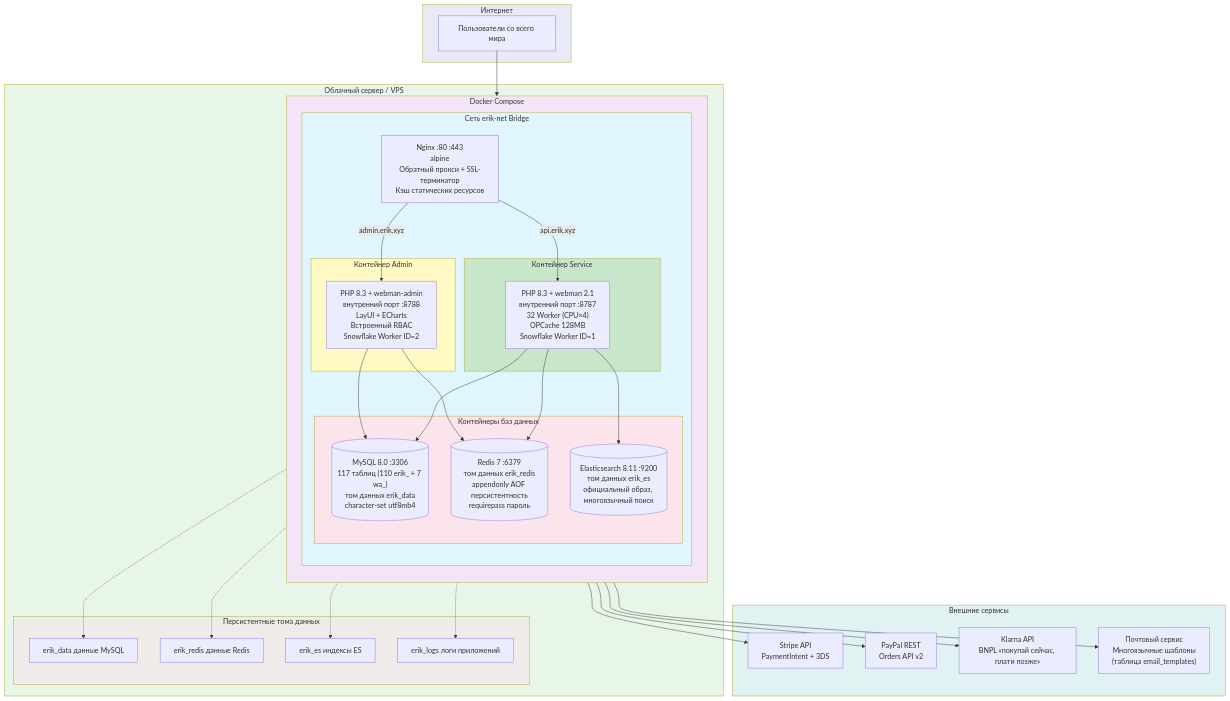
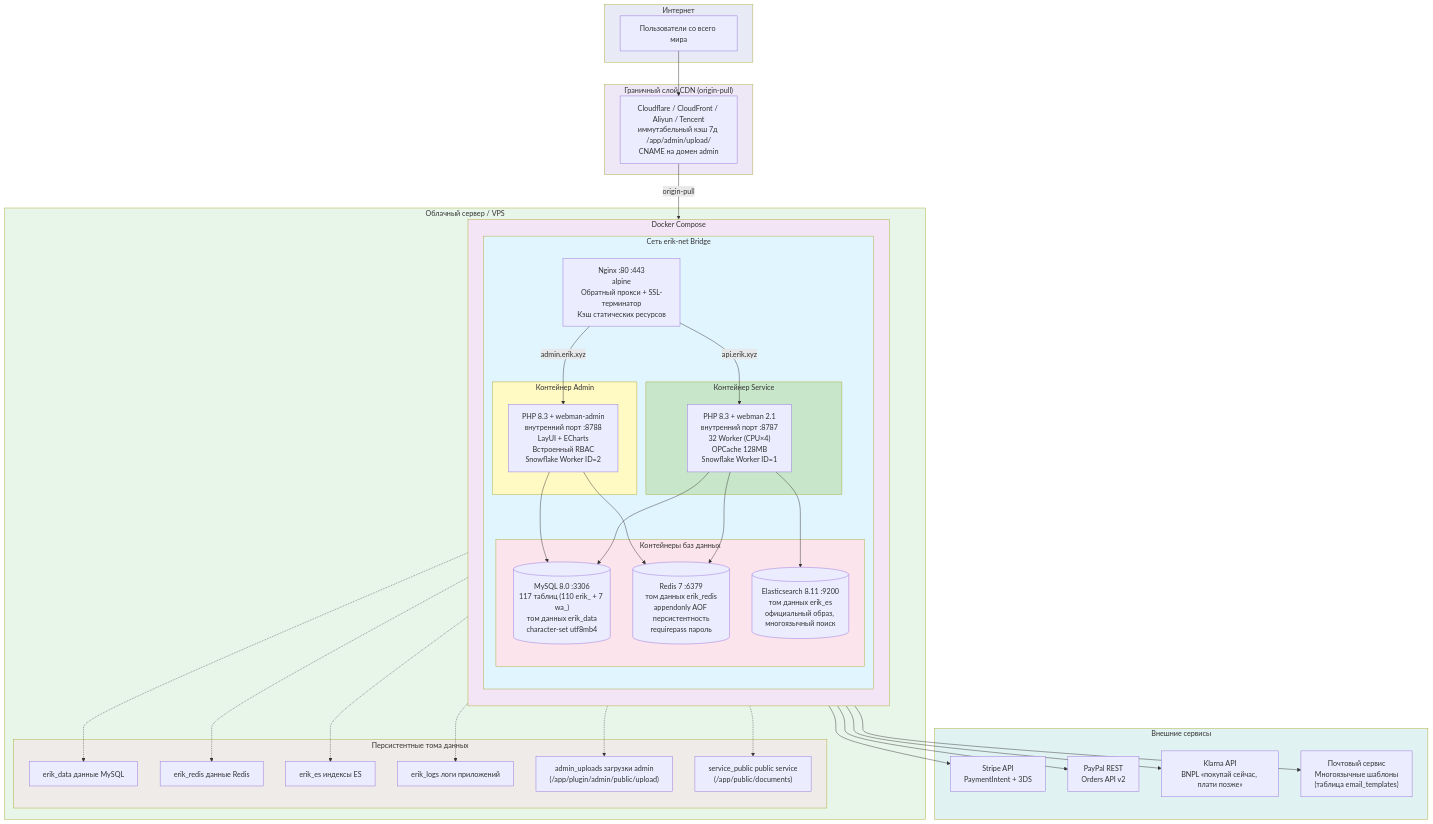
Before and after one commit to erikwang2013/erik-shop: the diagram in docs/i18n/ru/diagrams/06-deployment-architecture.mmd, drawn with Mermaid. The commit also changed 191 other files, not shown here.

First line of the commit message:
v1.2.0：CDN 内容分发接入（Origin-Pull 回源 + 四大云厂商适配 + 管理端配置/刷新/日志 + 上传持久化 + 全文档与12语言i18n同步 + Crypto 捐赠图文入库）

```diff
--- a/docs/i18n/ru/diagrams/06-deployment-architecture.mmd
+++ b/docs/i18n/ru/diagrams/06-deployment-architecture.mmd
@@ -1,71 +1,81 @@
 graph TB
     subgraph Internet["Интернет"]
         User["Пользователи со всего мира"]
+    end
+
+    subgraph CDN["Граничный слой CDN (origin-pull)"]
+        EDGE["Cloudflare / CloudFront / Aliyun / Tencent<br/>иммутабельный кэш 7д /app/admin/upload/<br/>CNAME на домен admin"]
     end
 
     subgraph VPS["Облачный сервер / VPS"]
         subgraph Docker["Docker Compose"]
             direction TB
 
             subgraph Net["Сеть erik-net Bridge"]
                 direction TB
 
                 NGX["Nginx :80 :443<br/>alpine<br/>Обратный прокси + SSL-терминатор<br/>Кэш статических ресурсов"]
 
                 subgraph PHP_Service["Контейнер Service"]
                     SVC["PHP 8.3 + webman 2.1<br/>внутренний порт :8787<br/>32 Worker (CPU×4)<br/>OPCache 128MB<br/>Snowflake Worker ID=1"]
                 end
 
                 subgraph PHP_Admin["Контейнер Admin"]
                     ADM["PHP 8.3 + webman-admin<br/>внутренний порт :8788<br/>LayUI + ECharts<br/>Встроенный RBAC<br/>Snowflake Worker ID=2"]
                 end
 
                 subgraph DB["Контейнеры баз данных"]
                     MYSQL[("MySQL 8.0 :3306<br/>117 таблиц (110 erik_ + 7 wa_)<br/>том данных erik_data<br/>character-set utf8mb4")]
                     REDIS[("Redis 7 :6379<br/>том данных erik_redis<br/>appendonly AOF персистентность<br/>requirepass пароль")]
                     ES[("Elasticsearch 8.11 :9200<br/>том данных erik_es<br/>официальный образ, многоязычный поиск")]
                 end
             end
         end
 
         subgraph Volumes["Персистентные тома данных"]
             V1["erik_data данные MySQL"]
             V2["erik_redis данные Redis"]
             V3["erik_es индексы ES"]
             V4["erik_logs логи приложений"]
+            V5["admin_uploads загрузки admin<br/>(/app/plugin/admin/public/upload)"]
+            V6["service_public public service<br/>(/app/public/documents)"]
         end
     end
 
     subgraph External["Внешние сервисы"]
         Stripe["Stripe API<br/>PaymentIntent + 3DS"]
         PayPal["PayPal REST<br/>Orders API v2"]
         Klarna["Klarna API<br/>BNPL «покупай сейчас, плати позже»"]
         SMTP["Почтовый сервис<br/>Многоязычные шаблоны<br/>(таблица email_templates)"]
     end
 
-    User --> NGX
+    User --> EDGE
+    EDGE -->|origin-pull| NGX
     NGX -->|api.erik.xyz| SVC
     NGX -->|admin.erik.xyz| ADM
     SVC --> MYSQL
     SVC --> REDIS
     SVC --> ES
     SVC --> Stripe
     SVC --> PayPal
     SVC --> Klarna
     SVC --> SMTP
     ADM --> MYSQL
     ADM --> REDIS
     MYSQL -.-> V1
     REDIS -.-> V2
     ES -.-> V3
     SVC -.-> V4
+    ADM -.-> V5
+    SVC -.-> V6
 
     style Internet fill:#e8eaf6
+    style CDN fill:#ede7f6
     style VPS fill:#e8f5e9
     style Docker fill:#f3e5f5
     style Net fill:#e1f5fe
     style PHP_Service fill:#c8e6c9
     style PHP_Admin fill:#fff9c4
     style DB fill:#fce4ec
     style Volumes fill:#efebe9
     style External fill:#e0f2f1
```
